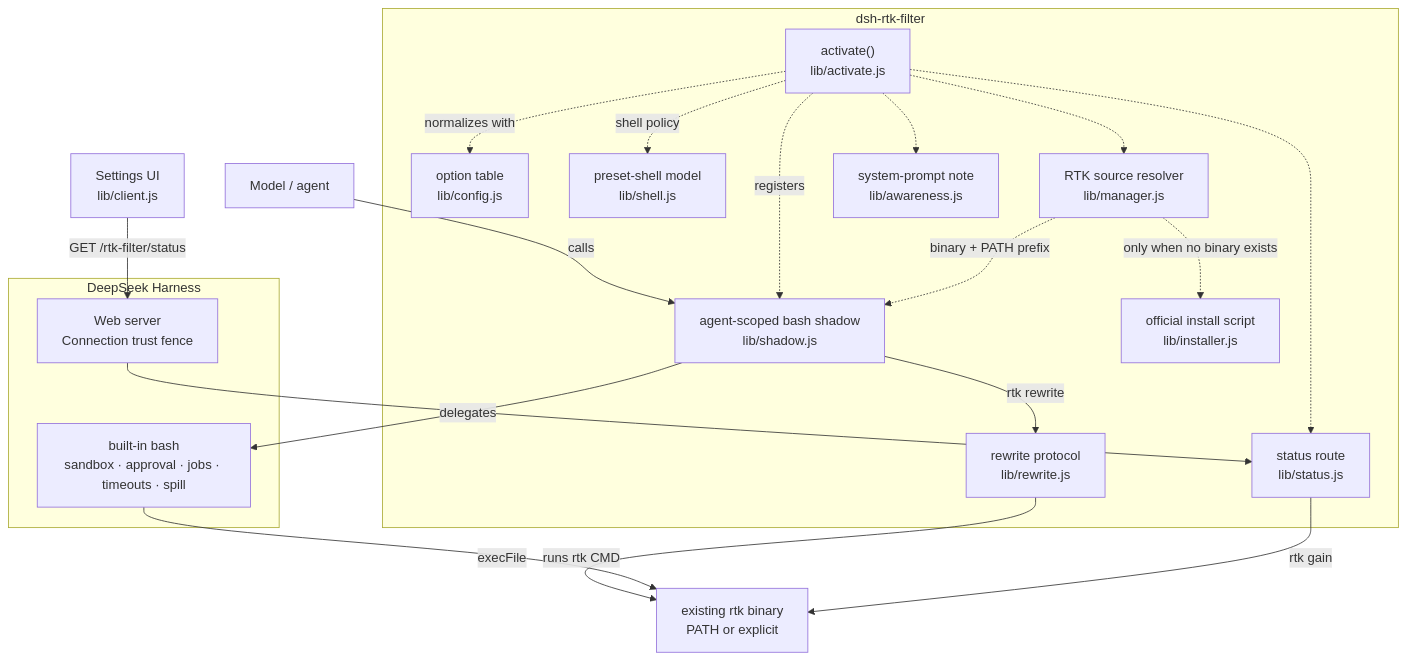
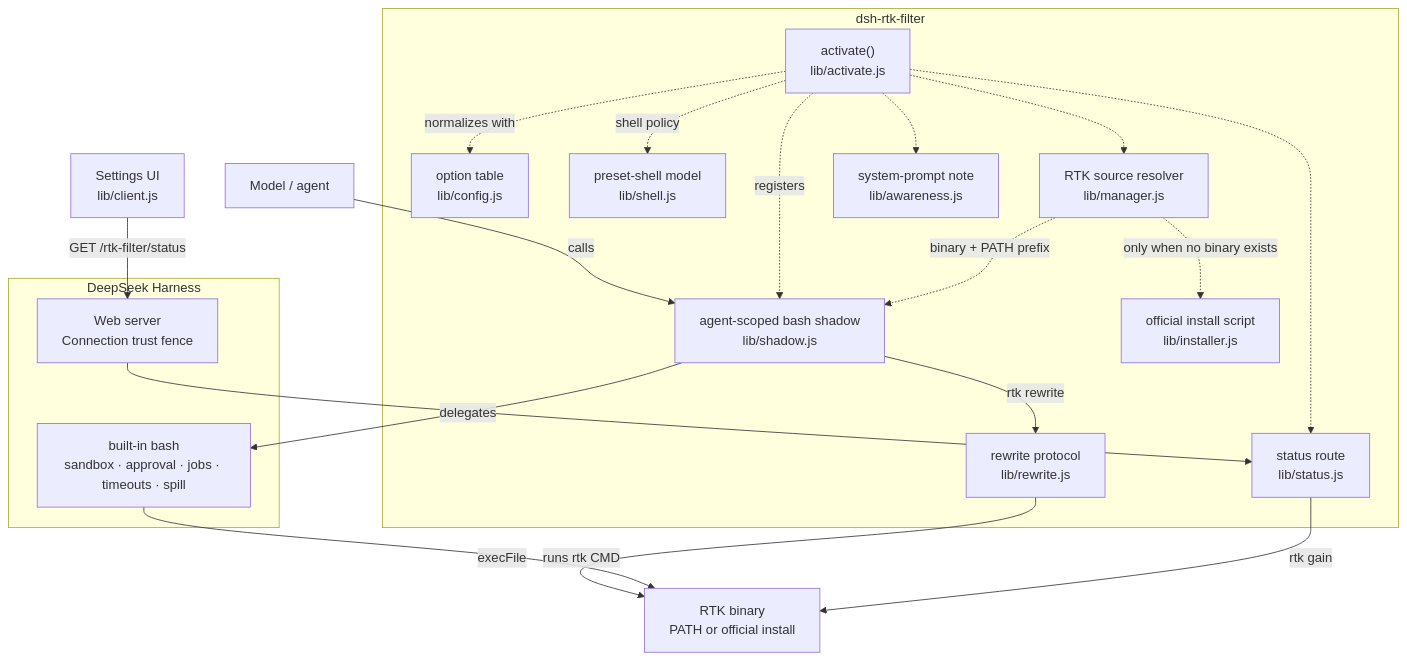
One commit to okamitimo233/dsh-rtk-filter changed the diagram in README.md. Above: the diagram before and after it, drawn with Mermaid. The commit also changed other lines of this file and 16 other files, not shown here.

Commit message:
refactor: simplify RTK acquisition to PATH or official install

````diff
--- a/README.md
+++ b/README.md
@@ -53,39 +53,39 @@
 ```mermaid
 flowchart TB
     Model["Model / agent"]
 
     subgraph Plugin["dsh-rtk-filter"]
         Activate["activate()<br/>lib/activate.js"]
         Config["option table<br/>lib/config.js"]
         Shell["preset-shell model<br/>lib/shell.js"]
         Shadow["agent-scoped bash shadow<br/>lib/shadow.js"]
         Rewrite["rewrite protocol<br/>lib/rewrite.js"]
         Manager["RTK source resolver<br/>lib/manager.js"]
         Installer["official install script<br/>lib/installer.js"]
         Prompt["system-prompt note<br/>lib/awareness.js"]
         Status["status route<br/>lib/status.js"]
     end
 
     subgraph Host["DeepSeek Harness"]
         Base["built-in bash<br/>sandbox · approval · jobs · timeouts · spill"]
         Web["Web server<br/>Connection trust fence"]
     end
 
-    RTK["existing rtk binary<br/>PATH or explicit"]
+    RTK["RTK binary<br/>PATH or official install"]
     Browser["Settings UI<br/>lib/client.js"]
 
     Model -->|"calls"| Shadow
     Shadow -->|"rtk rewrite"| Rewrite -->|"execFile"| RTK
     Shadow -->|"delegates"| Base -->|"runs rtk CMD"| RTK
 
     Activate -.->|"registers"| Shadow
     Activate -.->|"shell policy"| Shell
     Activate -.->|"normalizes with"| Config
     Activate -.-> Prompt
     Activate -.-> Manager
     Activate -.-> Status
     Manager -.->|"binary + PATH prefix"| Shadow
     Manager -.->|"only when no binary exists"| Installer
 
     Browser -->|"GET /rtk-filter/status"| Web --> Status -->|"rtk gain"| RTK
 ```
````
